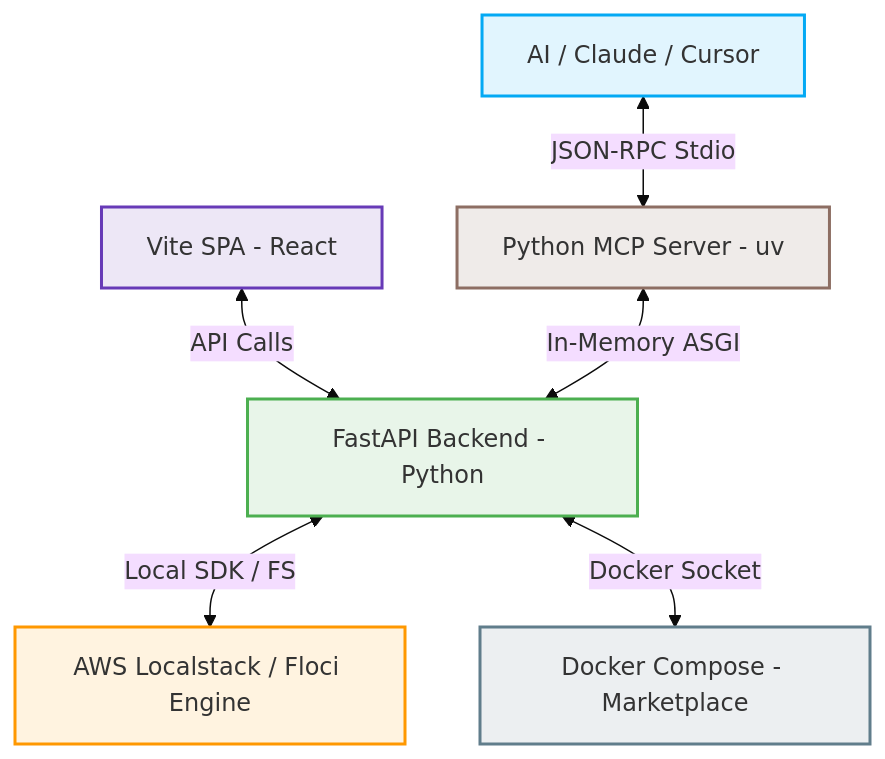
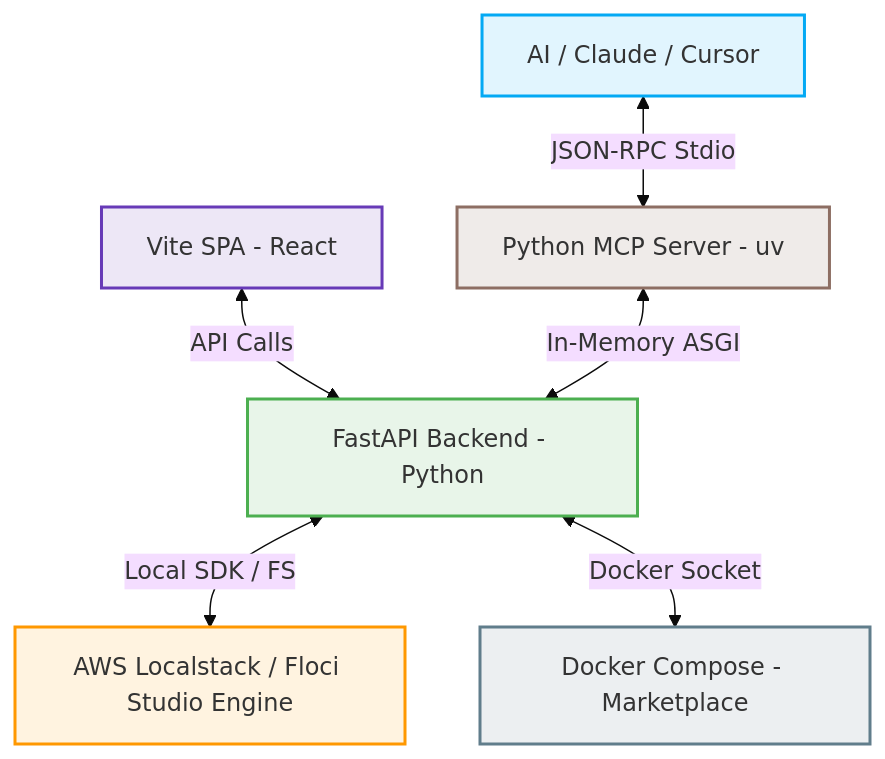
One commit to pmaojo/floci-studio changed the diagram in README.md. Above: the diagram before and after it, drawn with Mermaid (base theme). The commit also changed other lines of this file and 1 other file, not shown here.

````diff
--- a/README.md
+++ b/README.md
@@ -11,17 +11,17 @@
 ```mermaid
 graph TD
     %% Components
     LLM[AI / Claude / Cursor] <-->|JSON-RPC Stdio| MCP[Python MCP Server - uv]
     SPA[Vite SPA - React] <-->|API Calls| Backend[FastAPI Backend - Python]
     MCP <-->|In-Memory ASGI| Backend
-    Backend <-->|Local SDK / FS| LocalStack[AWS Localstack / Floci Engine]
+    Backend <-->|Local SDK / FS| LocalStack[AWS Localstack / Floci Studio Engine]
     Backend <-->|Docker Socket| DockerMarket[Docker Compose - Marketplace]
 
     %% Styles
     style LLM fill:#e1f5fe,stroke:#03a9f4,stroke-width:2px
     style MCP fill:#efebe9,stroke:#8d6e63,stroke-width:2px
     style SPA fill:#ede7f6,stroke:#673ab7,stroke-width:2px
     style Backend fill:#e8f5e9,stroke:#4caf50,stroke-width:2px
     style LocalStack fill:#fff3e0,stroke:#ff9800,stroke-width:2px
     style DockerMarket fill:#eceff1,stroke:#607d8b,stroke-width:2px
 ```
````
